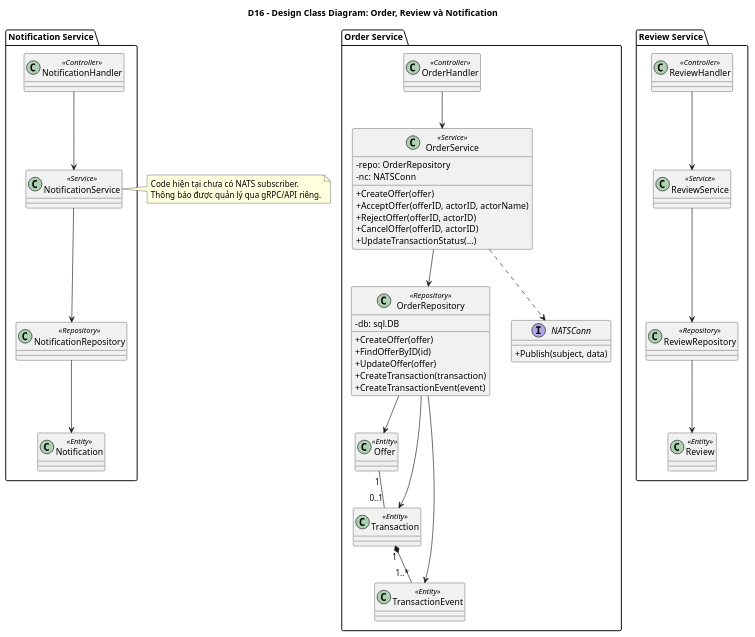
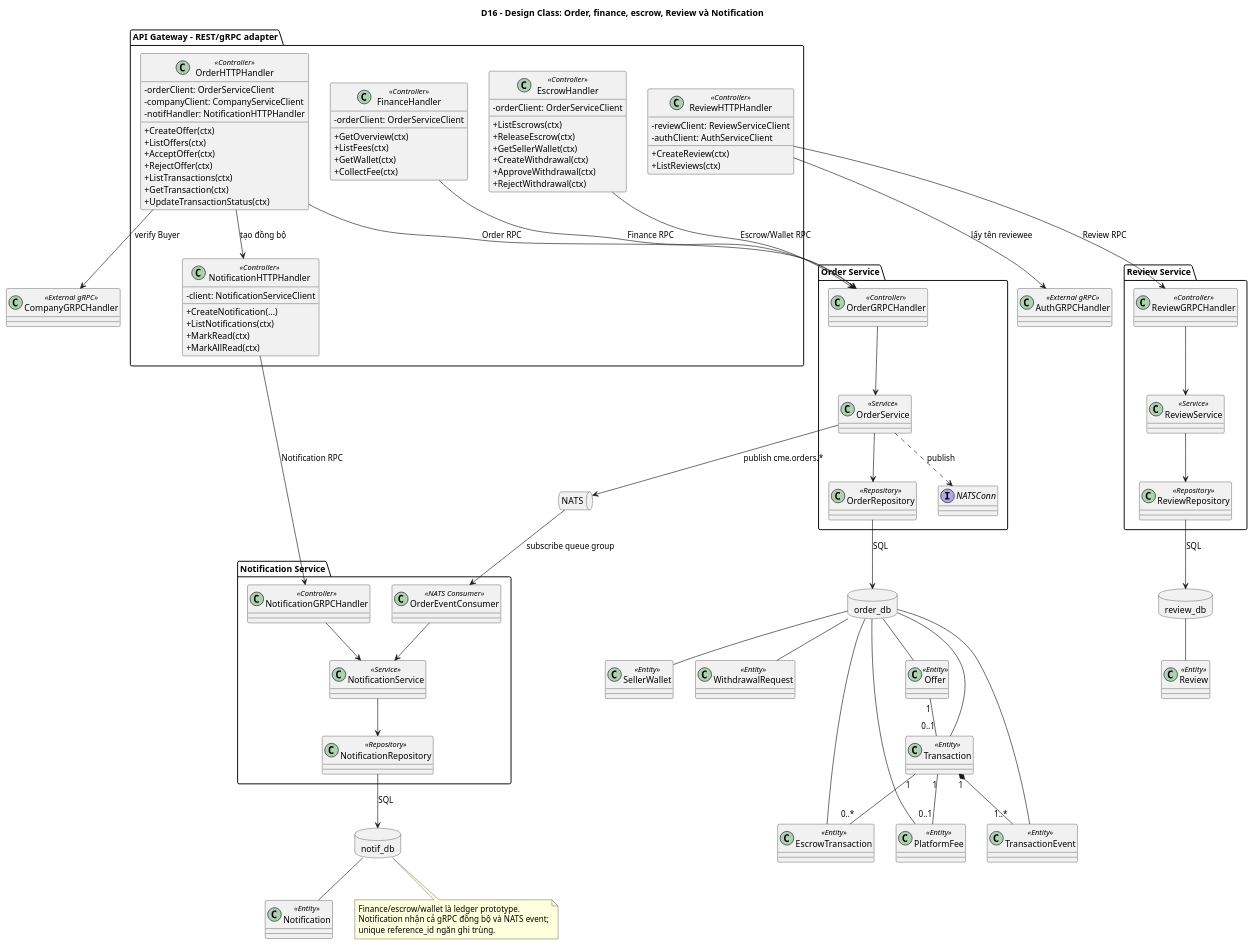
One commit to NguyetNgaLe/Circular-Materials-Exchange changed the diagram in project-submission/04-diagrams/chapter-04-design/D16-order-support-design-class.puml. Above: the diagram before and after it, drawn with PlantUML. The commit also changed 129 other files, not shown here.

```diff
--- a/project-submission/04-diagrams/chapter-04-design/D16-order-support-design-class.puml
+++ b/project-submission/04-diagrams/chapter-04-design/D16-order-support-design-class.puml
@@ -1,67 +1,133 @@
 @startuml
-title D16 - Design Class Diagram: Order, Review và Notification
+allowmixing
+title D16 - Design Class: Order, finance, escrow, Review và Notification
 skinparam classAttributeIconSize 0
 
+package "API Gateway - REST/gRPC adapter" {
+  class OrderHTTPHandler <<Controller>> {
+    -orderClient: OrderServiceClient
+    -companyClient: CompanyServiceClient
+    -notifHandler: NotificationHTTPHandler
+    +CreateOffer(ctx)
+    +ListOffers(ctx)
+    +AcceptOffer(ctx)
+    +RejectOffer(ctx)
+    +ListTransactions(ctx)
+    +GetTransaction(ctx)
+    +UpdateTransactionStatus(ctx)
+  }
+
+  class FinanceHandler <<Controller>> {
+    -orderClient: OrderServiceClient
+    +GetOverview(ctx)
+    +ListFees(ctx)
+    +GetWallet(ctx)
+    +CollectFee(ctx)
+  }
+
+  class EscrowHandler <<Controller>> {
+    -orderClient: OrderServiceClient
+    +ListEscrows(ctx)
+    +ReleaseEscrow(ctx)
+    +GetSellerWallet(ctx)
+    +CreateWithdrawal(ctx)
+    +ApproveWithdrawal(ctx)
+    +RejectWithdrawal(ctx)
+  }
+
+  class ReviewHTTPHandler <<Controller>> {
+    -reviewClient: ReviewServiceClient
+    -authClient: AuthServiceClient
+    +CreateReview(ctx)
+    +ListReviews(ctx)
+  }
+
+  class NotificationHTTPHandler <<Controller>> {
+    -client: NotificationServiceClient
+    +CreateNotification(...)
+    +ListNotifications(ctx)
+    +MarkRead(ctx)
+    +MarkAllRead(ctx)
+  }
+}
+
 package "Order Service" {
-  class OrderHandler <<Controller>>
-  class OrderService <<Service>> {
-    -repo: OrderRepository
-    -nc: NATSConn
-    +CreateOffer(offer)
-    +AcceptOffer(offerID, actorID, actorName)
-    +RejectOffer(offerID, actorID)
-    +CancelOffer(offerID, actorID)
-    +UpdateTransactionStatus(...)
-  }
-  class OrderRepository <<Repository>> {
-    -db: sql.DB
-    +CreateOffer(offer)
-    +FindOfferByID(id)
-    +UpdateOffer(offer)
-    +CreateTransaction(transaction)
-    +CreateTransactionEvent(event)
-  }
-  interface NATSConn {
-    +Publish(subject, data)
-  }
-  class Offer <<Entity>>
-  class Transaction <<Entity>>
-  class TransactionEvent <<Entity>>
+  class OrderGRPCHandler <<Controller>>
+  class OrderService <<Service>>
+  class OrderRepository <<Repository>>
+  interface NATSConn
+  OrderGRPCHandler --> OrderService
+  OrderService --> OrderRepository
+  OrderService ..> NATSConn : publish
 }
 
 package "Review Service" {
-  class ReviewHandler <<Controller>>
+  class ReviewGRPCHandler <<Controller>>
   class ReviewService <<Service>>
   class ReviewRepository <<Repository>>
-  class Review <<Entity>>
+  ReviewGRPCHandler --> ReviewService
+  ReviewService --> ReviewRepository
 }
 
 package "Notification Service" {
-  class NotificationHandler <<Controller>>
+  class NotificationGRPCHandler <<Controller>>
   class NotificationService <<Service>>
   class NotificationRepository <<Repository>>
-  class Notification <<Entity>>
+  class OrderEventConsumer <<NATS Consumer>>
+  NotificationGRPCHandler --> NotificationService
+  OrderEventConsumer --> NotificationService
+  NotificationService --> NotificationRepository
 }
 
-OrderHandler --> OrderService
-OrderService --> OrderRepository
-OrderService ..> NATSConn
-OrderRepository --> Offer
-OrderRepository --> Transaction
-OrderRepository --> TransactionEvent
+class CompanyGRPCHandler <<External gRPC>>
+class AuthGRPCHandler <<External gRPC>>
+queue NATS
+class Offer <<Entity>>
+class Transaction <<Entity>>
+class TransactionEvent <<Entity>>
+class EscrowTransaction <<Entity>>
+class PlatformFee <<Entity>>
+class SellerWallet <<Entity>>
+class WithdrawalRequest <<Entity>>
+class Review <<Entity>>
+class Notification <<Entity>>
+
+database "order_db" as OrderDB
+database "review_db" as ReviewDB
+database "notif_db" as NotifDB
+
+OrderHTTPHandler --> OrderGRPCHandler : Order RPC
+OrderHTTPHandler --> CompanyGRPCHandler : verify Buyer
+OrderHTTPHandler --> NotificationHTTPHandler : tạo đồng bộ
+FinanceHandler --> OrderGRPCHandler : Finance RPC
+EscrowHandler --> OrderGRPCHandler : Escrow/Wallet RPC
+ReviewHTTPHandler --> ReviewGRPCHandler : Review RPC
+ReviewHTTPHandler --> AuthGRPCHandler : lấy tên reviewee
+NotificationHTTPHandler --> NotificationGRPCHandler : Notification RPC
+
+OrderRepository --> OrderDB : SQL
+ReviewRepository --> ReviewDB : SQL
+NotificationRepository --> NotifDB : SQL
+OrderService --> NATS : publish cme.orders.*
+NATS --> OrderEventConsumer : subscribe queue group
+OrderDB -- Offer
+OrderDB -- Transaction
+OrderDB -- TransactionEvent
+OrderDB -- EscrowTransaction
+OrderDB -- PlatformFee
+OrderDB -- SellerWallet
+OrderDB -- WithdrawalRequest
+ReviewDB -- Review
+NotifDB -- Notification
+
 Offer "1" -- "0..1" Transaction
 Transaction "1" *-- "1..*" TransactionEvent
+Transaction "1" -- "0..*" EscrowTransaction
+Transaction "1" -- "0..1" PlatformFee
 
-ReviewHandler --> ReviewService
-ReviewService --> ReviewRepository
-ReviewRepository --> Review
-
-NotificationHandler --> NotificationService
-NotificationService --> NotificationRepository
-NotificationRepository --> Notification
-
-note right of NotificationService
-  Code hiện tại chưa có NATS subscriber.
-  Thông báo được quản lý qua gRPC/API riêng.
+note bottom
+  Finance/escrow/wallet là ledger prototype.
+  Notification nhận cả gRPC đồng bộ và NATS event;
+  unique reference_id ngăn ghi trùng.
 end note
 @enduml
```
